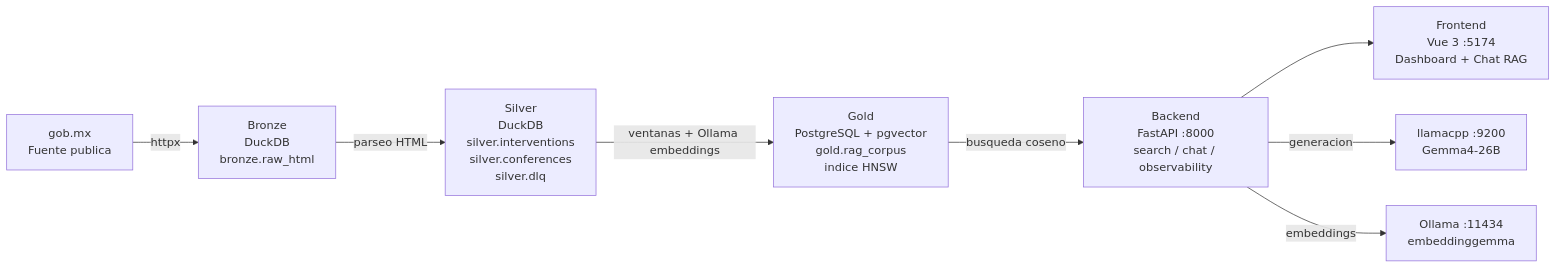
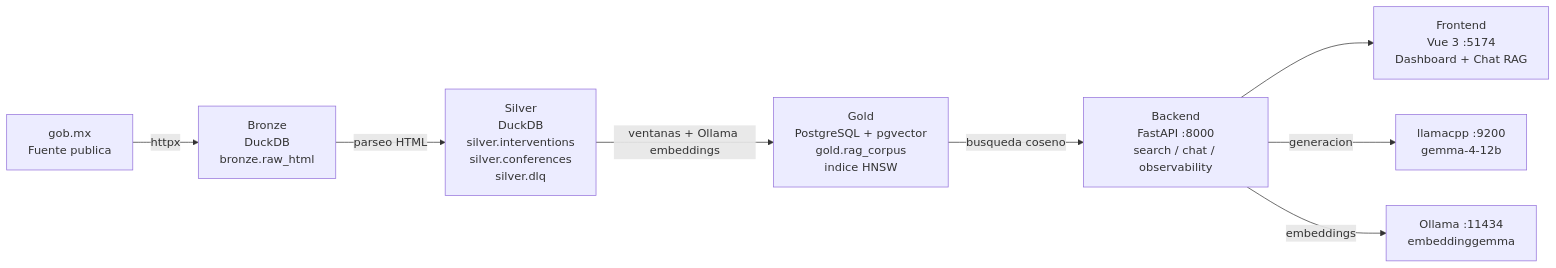
Before and after one commit to angeles-ricardo-89/AH-Practica1-ArquitecturaMedallonMaNaneras: the first of 3 diagrams in README.md, drawn with Mermaid. The commit also changed other lines of this file and 101 other files, not shown here.

````diff
--- a/README.md
+++ b/README.md
@@ -121,10 +130,10 @@
 ```mermaid
 flowchart LR
     SOURCE["gob.mx<br/>Fuente publica"] -->|httpx| BRONZE["Bronze<br/>DuckDB<br/>bronze.raw_html"]
     BRONZE -->|parseo HTML| SILVER["Silver<br/>DuckDB<br/>silver.interventions<br/>silver.conferences<br/>silver.dlq"]
     SILVER -->|ventanas + Ollama embeddings| GOLD["Gold<br/>PostgreSQL + pgvector<br/>gold.rag_corpus<br/>indice HNSW"]
     GOLD -->|busqueda coseno| BACKEND["Backend<br/>FastAPI :8000<br/>search / chat / observability"]
     BACKEND --> FRONTEND["Frontend<br/>Vue 3 :5174<br/>Dashboard + Chat RAG"]
-    BACKEND -->|generacion| LLM["llamacpp :9200<br/>Gemma4-26B"]
+    BACKEND -->|generacion| LLM["llamacpp :9200<br/>gemma-4-12b"]
     BACKEND -->|embeddings| OLLAMA["Ollama :11434<br/>embeddinggemma"]
 ```
````
